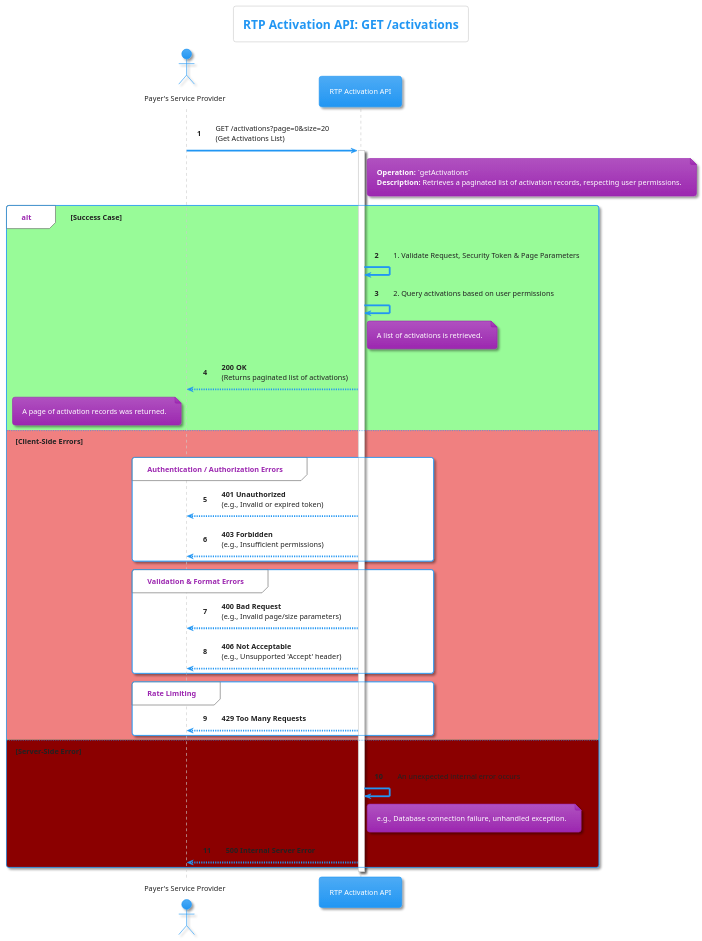
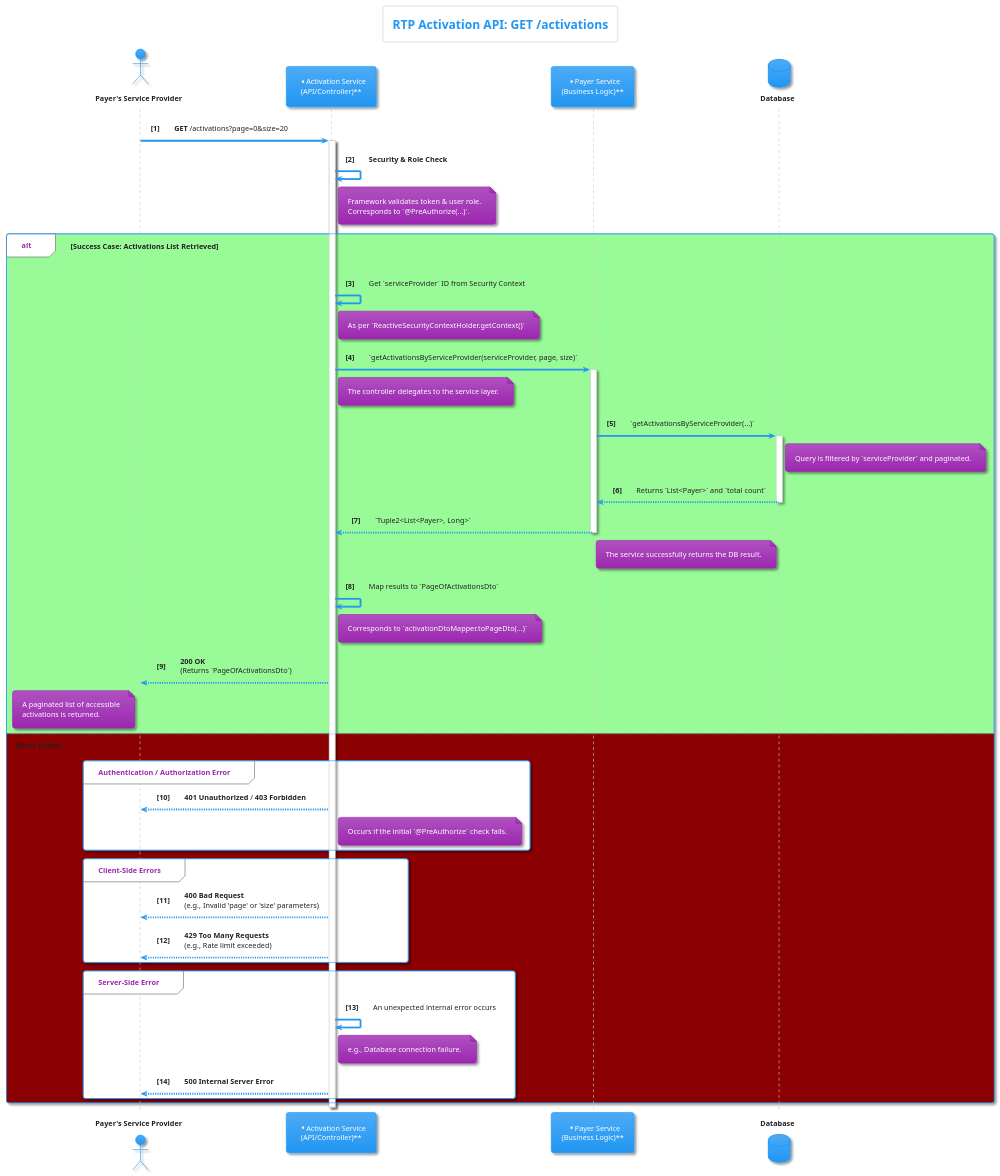
One commit to pagopa/rtp-docs changed the diagram in diagrams/get-activations-details.puml. Above: the diagram before and after it, drawn with PlantUML. The commit also changed 13 other files, not shown here.

First line of the commit message:
[SRTP-798]: Update plum schemas. (#25)

```diff
--- a/diagrams/get-activations-details.puml
+++ b/diagrams/get-activations-details.puml
@@ -1,61 +1,76 @@
 @startuml
 ' PlantUML Diagram for RTP Get Activations (List) API
-' Title: RTP Get Activations Sequence Diagram
-' Version: 1.0.0
-' Description: This diagram shows the process for retrieving a paginated
-'              list of RTP activation records.
+' Title: Unified RTP Get Activations (List) Sequence Diagram
+' Version: 2.0.0
+' Description: This diagram shows the detailed process for retrieving a list of activations,
+'              mixing the API specification with the actual Java service and controller logic.
 
 !theme materia
 
 title RTP Activation API: GET /activations
 
-actor "Payer's Service Provider" as PSP
-participant "RTP Activation API" as API
+actor "**Payer's Service Provider**" as PSP
+participant "**Activation Service\n(API/Controller)**" as AS
+participant "**Payer Service\n(Business Logic)**" as PS
+database "**Database**" as DB
 
-autonumber
+autonumber "<b>[0]"
 
-PSP -> API: GET /activations?page=0&size=20\n(Get Activations List)
-activate API
+PSP -> AS: **GET** /activations?page=0&size=20
+activate AS
 
-note right of API
-  **Operation:** `getActivations`
-  **Description:** Retrieves a paginated list of activation records, respecting user permissions.
-end note
+AS -> AS: **Security & Role Check**
+note right of AS: Framework validates token & user role.\nCorresponds to `@PreAuthorize(...)`.
 
-alt #palegreen Success Case
+alt #palegreen **Success Case: Activations List Retrieved**
 
-    API -> API: 1. Validate Request, Security Token & Page Parameters
-    API -> API: 2. Query activations based on user permissions
-    note right of API: A list of activations is retrieved.
-    API --> PSP: **200 OK**\n(Returns paginated list of activations)
+    AS -> AS: Get `serviceProvider` ID from Security Context
+    note right of AS: As per `ReactiveSecurityContextHolder.getContext()`
+
+    AS -> PS: `getActivationsByServiceProvider(serviceProvider, page, size)`
+    activate PS
+    note right of AS: The controller delegates to the service layer.
+
+    PS -> DB: `getActivationsByServiceProvider(...)`
+    activate DB
+    note right of DB: Query is filtered by `serviceProvider` and paginated.
+    DB --> PS: Returns `List<Payer>` and `total count`
+    deactivate DB
+
+    PS --> AS: `Tuple2<List<Payer>, Long>`
+    deactivate PS
+    note right of PS: The service successfully returns the DB result.
+
+    AS -> AS: Map results to `PageOfActivationsDto`
+    note right of AS: Corresponds to `activationDtoMapper.toPageDto(...)`
+
+    AS --> PSP: **200 OK**\n(Returns `PageOfActivationsDto`)
     note left of PSP
-        A page of activation records was returned.
+        A paginated list of accessible
+        activations is returned.
     end note
 
-else #lightcoral Client-Side Errors
 
-    group Authentication / Authorization Errors
-        API --> PSP: **401 Unauthorized**\n(e.g., Invalid or expired token)
-        API --> PSP: **403 Forbidden**\n(e.g., Insufficient permissions)
+else #darkred **Error Cases**
+
+    group Authentication / Authorization Error
+        AS --> PSP: **401 Unauthorized** / **403 Forbidden**
+        note right of AS: Occurs if the initial `@PreAuthorize` check fails.
     end group
 
-    group Validation & Format Errors
-        API --> PSP: **400 Bad Request**\n(e.g., Invalid page/size parameters)
-        API --> PSP: **406 Not Acceptable**\n(e.g., Unsupported 'Accept' header)
+    group Client-Side Errors
+        AS --> PSP: **400 Bad Request**\n(e.g., Invalid 'page' or 'size' parameters)
+        AS --> PSP: **429 Too Many Requests**\n(e.g., Rate limit exceeded)
     end group
 
-    group Rate Limiting
-        API --> PSP: **429 Too Many Requests**
+    group Server-Side Error
+        AS -> AS: An unexpected internal error occurs
+        note right of AS: e.g., Database connection failure.
+        AS --> PSP: **500 Internal Server Error**
     end group
-
-else #darkred Server-Side Error
-
-    API -> API: An unexpected internal error occurs
-    note right of API: e.g., Database connection failure, unhandled exception.
-    API --> PSP: **500 Internal Server Error**
 
 end
 
-deactivate API
+deactivate AS
 
 @enduml
```
